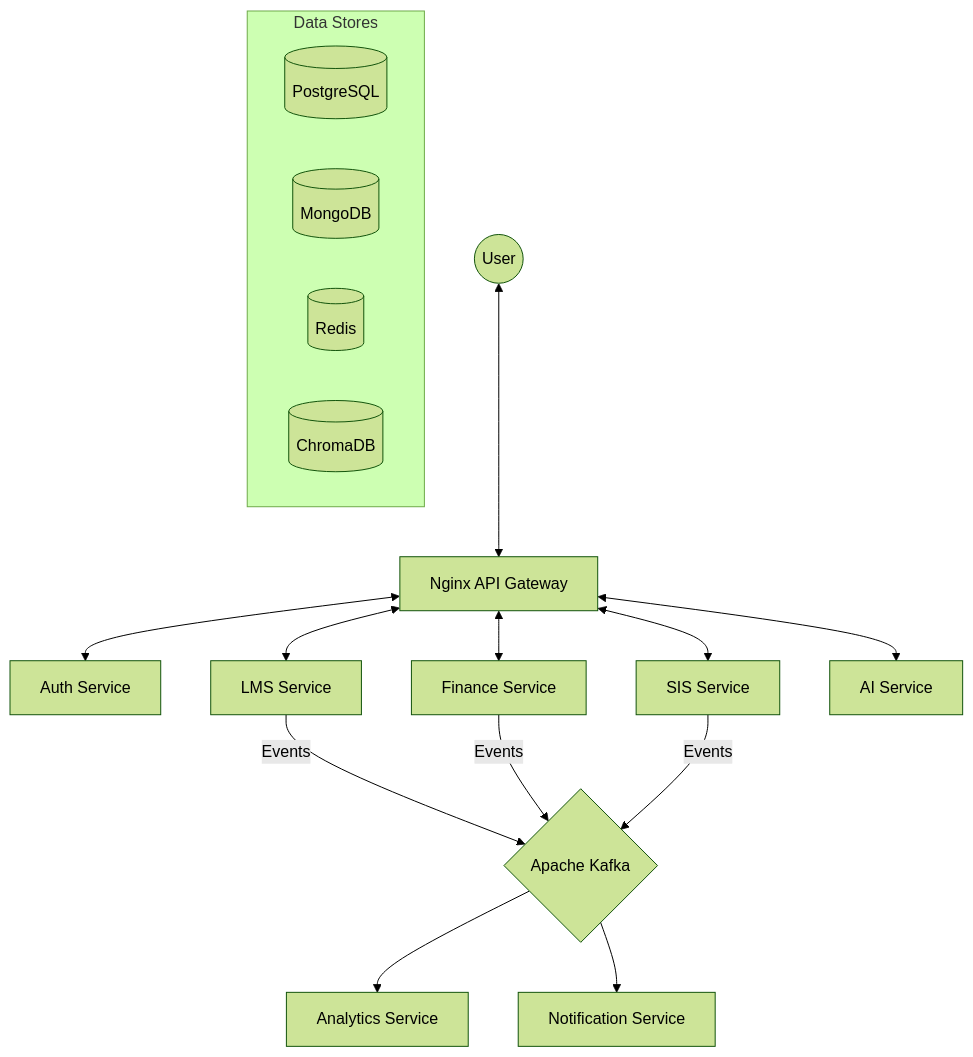
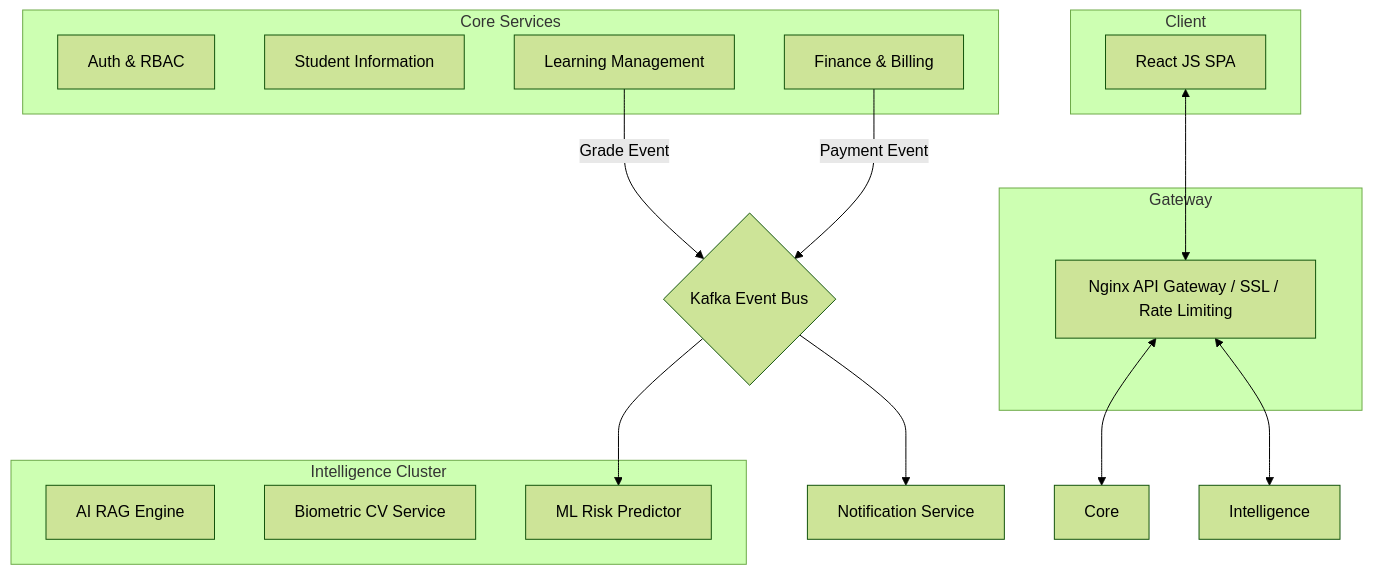
The diagram in README.md (ASAD2204/PROJECT_NEXUS), drawn with Mermaid (forest theme) before and after one commit. The commit also changed other lines of this file, not shown here.

Commit message:
docs: Final professional overhaul of root README for FYDP presentation. Enhanced architecture visualization, microservices directory, and tech stack deep-dive.

````diff
--- a/README.md
+++ b/README.md
@@ -40,22 +55,32 @@
 ```mermaid
 graph TD
-    User((User)) <--> Gateway[Nginx API Gateway]
-    Gateway <--> Auth[Auth Service]
-    Gateway <--> SIS[SIS Service]
-    Gateway <--> LMS[LMS Service]
-    Gateway <--> Fin[Finance Service]
-    Gateway <--> AI[AI Service]
-    
-    LMS -- Events --> Kafka{Apache Kafka}
-    Fin -- Events --> Kafka
-    SIS -- Events --> Kafka
-    Kafka --> Analytics[Analytics Service]
+    subgraph Client
+        React[React JS SPA]
+    end
+
+    subgraph Gateway
+        NGINX[Nginx API Gateway / SSL / Rate Limiting]
+    end
+
+    subgraph Core Services
+        Auth[Auth & RBAC]
+        SIS[Student Information]
+        LMS[Learning Management]
+        Fin[Finance & Billing]
+    end
+
+    subgraph Intelligence Cluster
+        AI[AI RAG Engine]
+        Attendance[Biometric CV Service]
+        Analytics[ML Risk Predictor]
+    end
+
+    React <--> NGINX
+    NGINX <--> Core
+    NGINX <--> Intelligence
+
+    LMS -- Grade Event --> Kafka{Kafka Event Bus}
+    Fin -- Payment Event --> Kafka
+    Kafka --> Analytics
     Kafka --> Notify[Notification Service]
-    
-    subgraph Data Stores
-        PG[(PostgreSQL)]
-        MG[(MongoDB)]
-        RD[(Redis)]
-        CH[(ChromaDB)]
-    end
 ```
````
